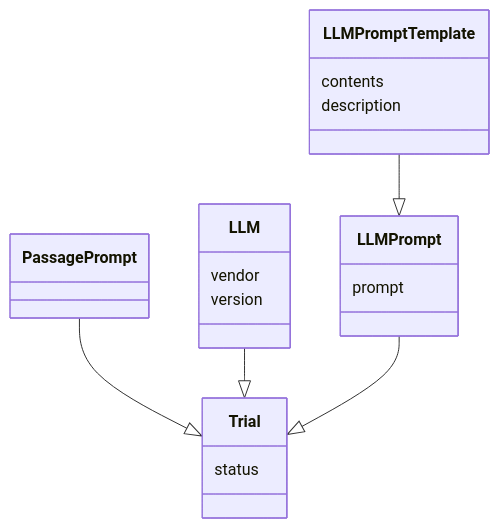
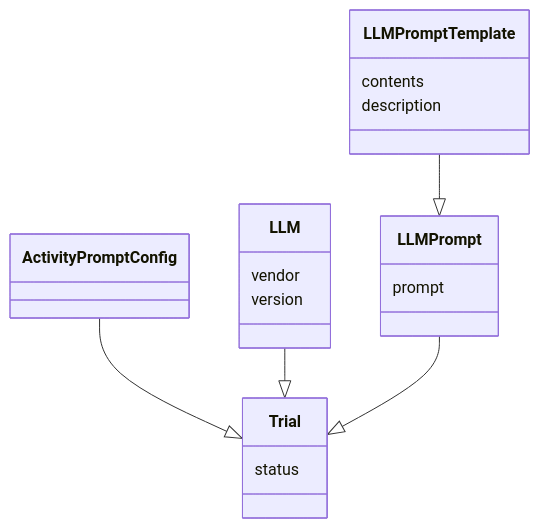
The second of 3 diagrams in services/QuillLMS/engines/evidence/app/models/evidence/research/readme.md (empirical-org/Empirical-Core), drawn with Mermaid before and after one commit. The commit also changed other lines of this file and 34 other files, not shown here.

Commit message:
Rename PassagePrompt to ActivityPromptConfig

````diff
--- a/services/QuillLMS/engines/evidence/app/models/evidence/research/readme.md
+++ b/services/QuillLMS/engines/evidence/app/models/evidence/research/readme.md
@@ -33,24 +33,24 @@
 ```mermaid
 classDiagram
     class LLM {
          vendor
          version
     }
     class LLMPrompt {
          prompt
     }
     class LLMPromptTemplate {
          contents
          description
     }
-    class PassagePrompt {
+    class ActivityPromptConfig {
     }
     class Trial {
          status
     }
 
-    PassagePrompt --|> Trial
+    ActivityPromptConfig --|> Trial
     LLM --|> Trial
     LLMPromptTemplate --|> LLMPrompt
     LLMPrompt --|> Trial
 ```
````
